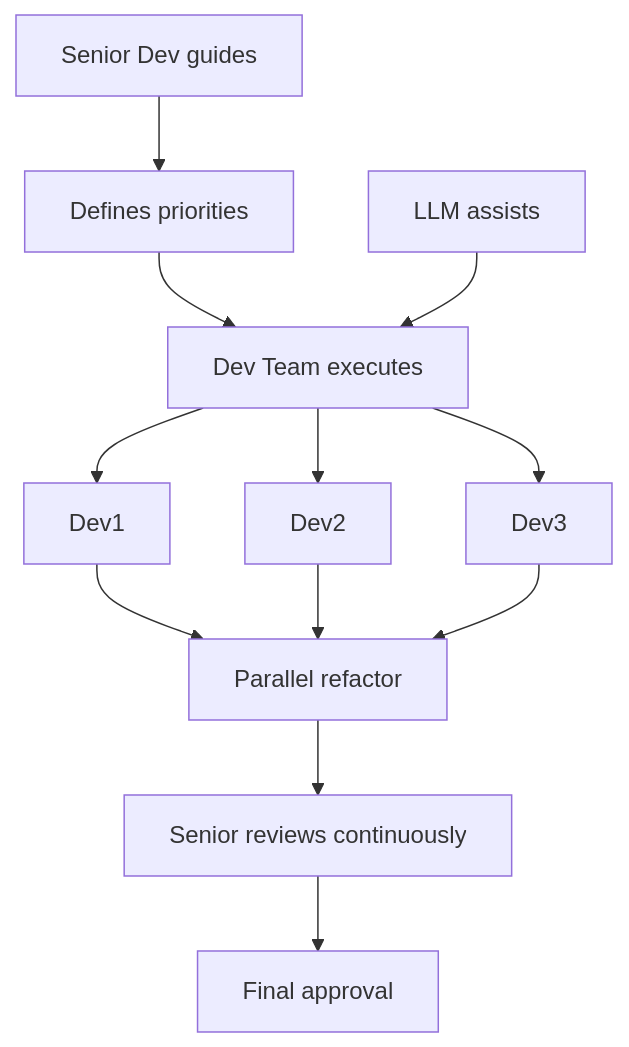
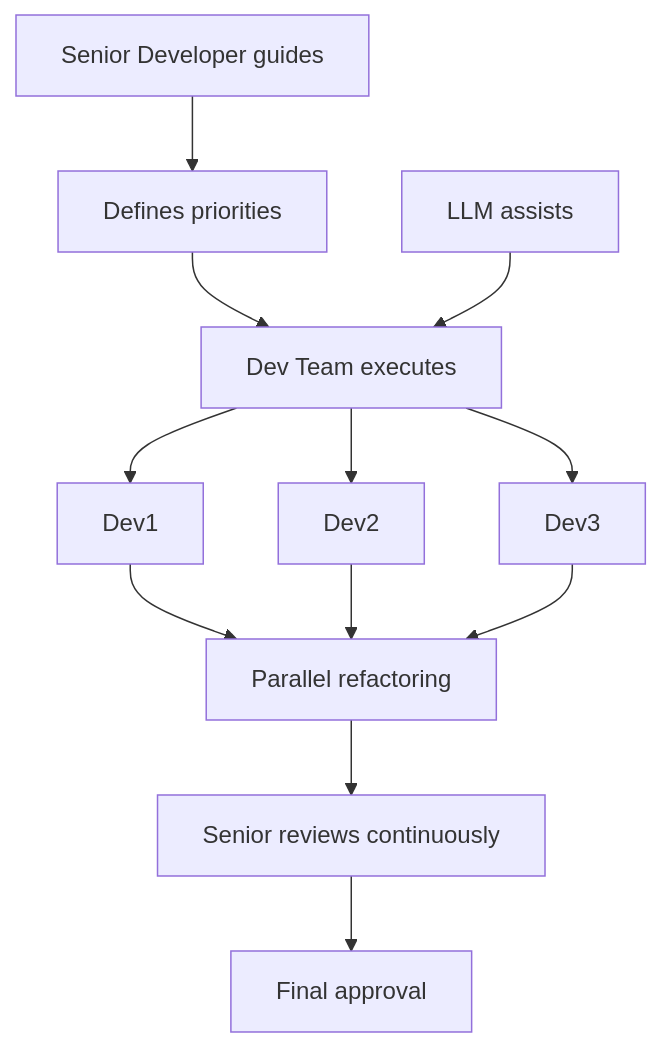
One commit to dc2method/dc2-website changed the fifth of 6 diagrams in src/content/docs/en/roles-et-responsabilites.md. Above: the diagram before and after it, drawn with Mermaid. The commit also changed other lines of this file and 63 other files, not shown here.

````diff
--- a/src/content/docs/en/roles-et-responsabilites.md
+++ b/src/content/docs/en/roles-et-responsabilites.md
@@ -193,14 +192,14 @@
 ```mermaid
 graph TD
-    DS[Senior Dev guides] --> DP[Defines priorities]
+    DS[Senior Developer guides] --> DP[Defines priorities]
     DP --> ED[Dev Team executes]
     LLM[LLM assists] --> ED
     ED --> D1[Dev1]
     ED --> D2[Dev2]
     ED --> D3[Dev3]
-    D1 --> RP[Parallel refactor]
+    D1 --> RP[Parallel refactoring]
     D2 --> RP
     D3 --> RP
     RP --> RC[Senior reviews continuously]
     RC --> AF[Final approval]
 ```
````
